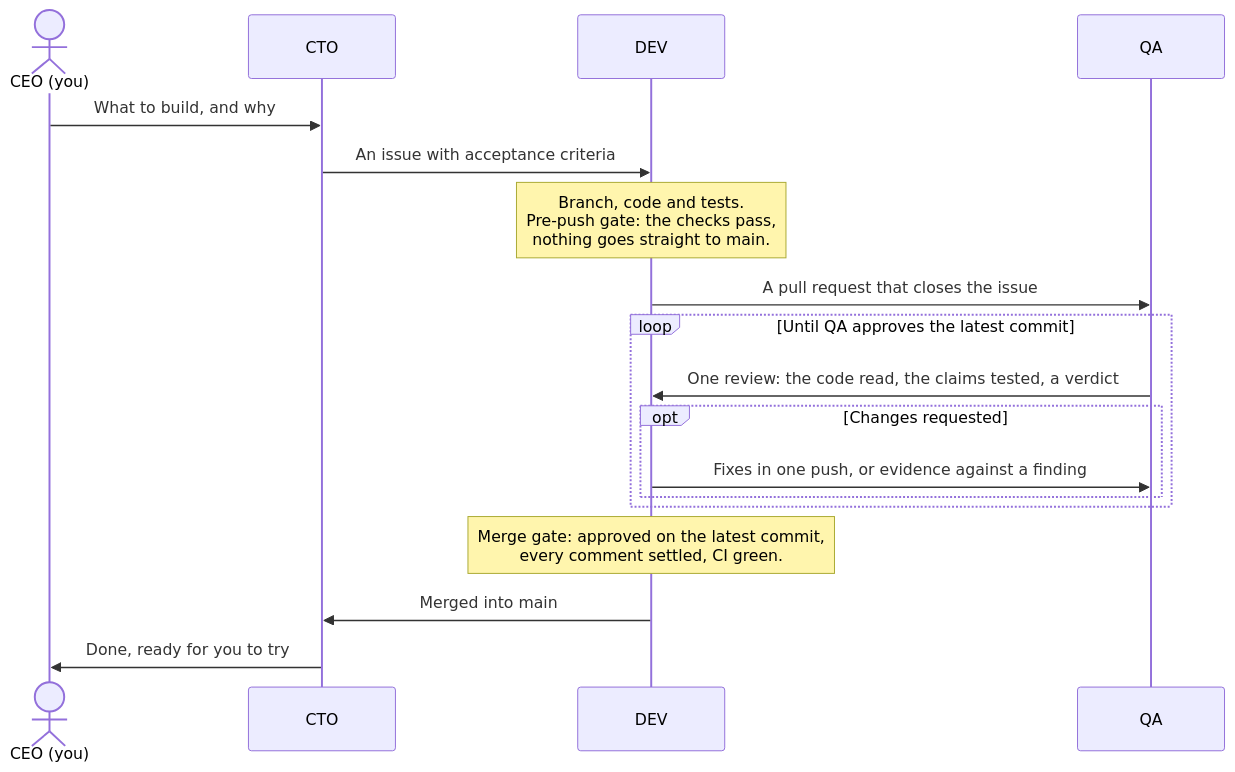
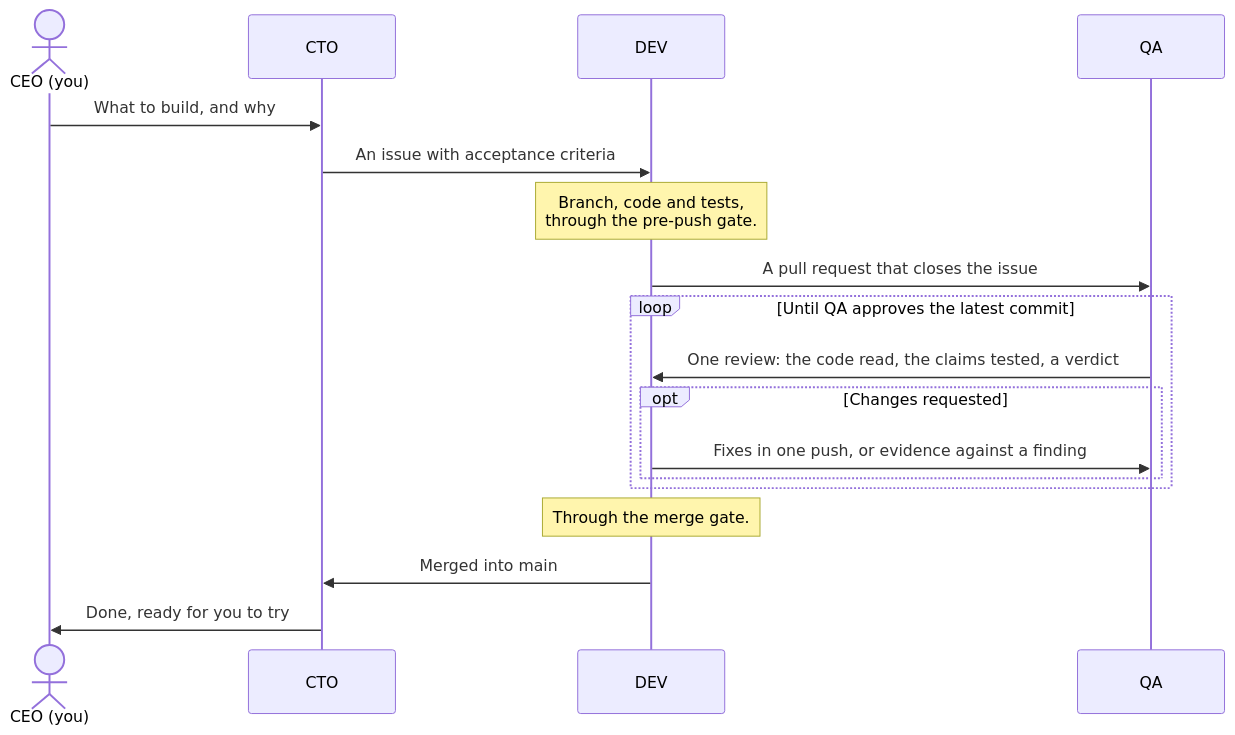
Before and after one commit to gzurl/agent-squad: the diagram in README.md, drawn with Mermaid. The commit also changed other lines of this file, not shown here.

Commit message:
docs: README — the merge gate's conditions listed once, in Features; the default branch after a first install

````diff
--- a/README.md
+++ b/README.md
@@ -113,20 +113,20 @@
 ```mermaid
 sequenceDiagram
   actor CEO as CEO (you)
   participant CTO
   participant DEV
   participant QA
   CEO->>CTO: What to build, and why
   CTO->>DEV: An issue with acceptance criteria
-  Note over DEV: Branch, code and tests.<br/>Pre-push gate: the checks pass,<br/>nothing goes straight to main.
+  Note over DEV: Branch, code and tests,<br/>through the pre-push gate.
   DEV->>QA: A pull request that closes the issue
   loop Until QA approves the latest commit
     QA->>DEV: One review: the code read, the claims tested, a verdict
     opt Changes requested
       DEV->>QA: Fixes in one push, or evidence against a finding
     end
   end
-  Note over DEV: Merge gate: approved on the latest commit,<br/>every comment settled, CI green.
+  Note over DEV: Through the merge gate.
   DEV->>CTO: Merged into main
   CTO->>CEO: Done, ready for you to try
 ```
````
